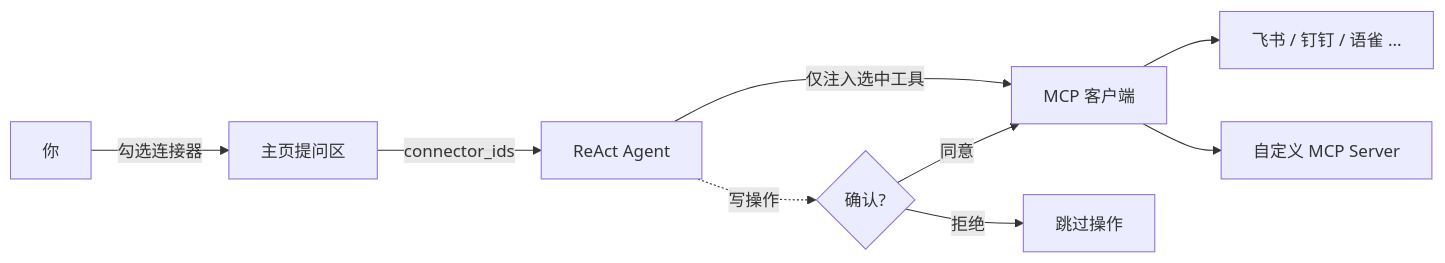
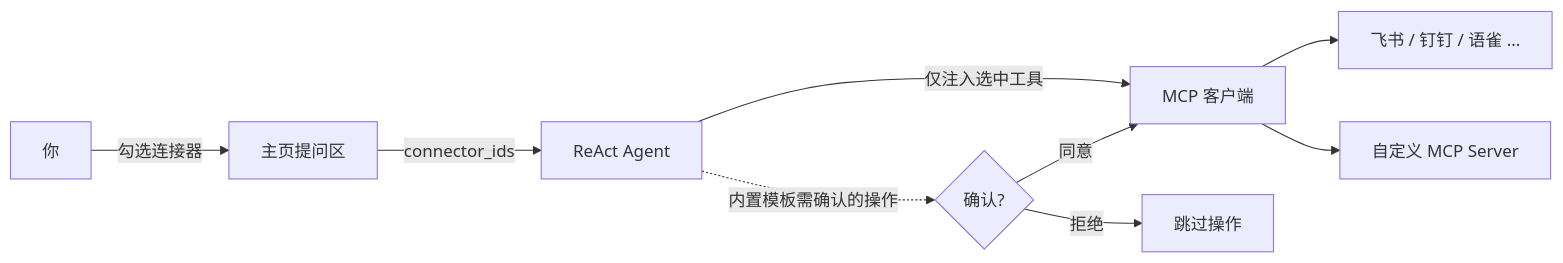
One commit to eosphoros-ai/DB-GPT changed the diagram in docs/i18n/zh-CN/docusaurus-plugin-content-docs/current/application/mcp_connectors.md. Above: the diagram before and after it, drawn with Mermaid. The commit also changed other lines of this file and 1 other file, not shown here.

````diff
--- a/docs/i18n/zh-CN/docusaurus-plugin-content-docs/current/application/mcp_connectors.md
+++ b/docs/i18n/zh-CN/docusaurus-plugin-content-docs/current/application/mcp_connectors.md
@@ -27,11 +27,11 @@
 ```mermaid
 graph LR
   User[你] -->|勾选连接器| Composer[主页提问区]
   Composer -->|connector_ids| Agent[ReAct Agent]
   Agent -->|仅注入选中工具| MCPClient[MCP 客户端]
   MCPClient --> S1[飞书 / 钉钉 / 语雀 ...]
   MCPClient --> S2[自定义 MCP Server]
-  Agent -.写操作.-> Confirm{确认?}
+  Agent -.内置模板需确认的操作.-> Confirm{确认?}
   Confirm -->|同意| MCPClient
   Confirm -->|拒绝| Skip[跳过操作]
 ```
````
